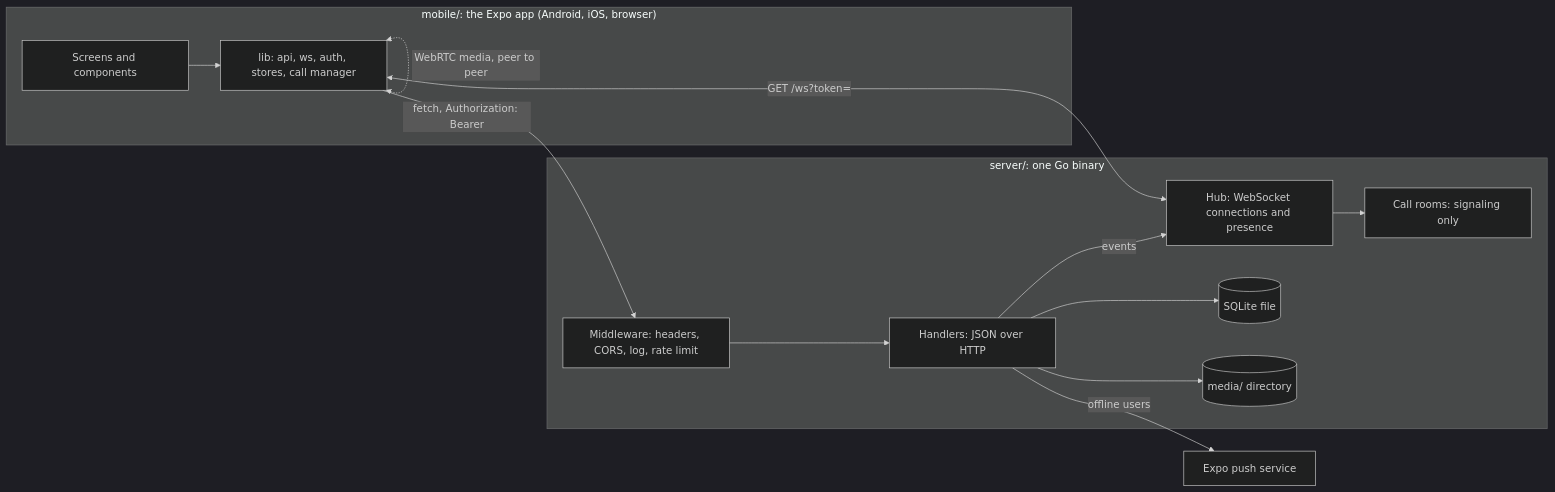
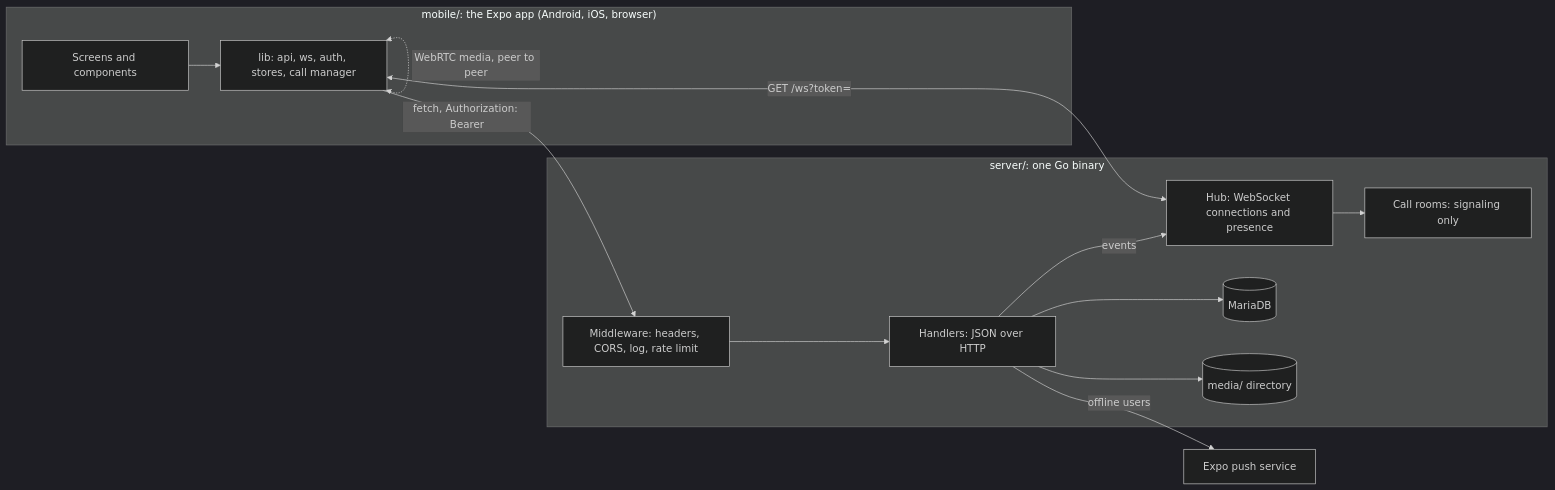
One commit to anthonychavezdev/Ami changed the first of 2 diagrams in docs/overview.md. Above: the diagram before and after it, drawn with Mermaid (dark theme). The commit also changed other lines of this file and 31 other files, not shown here.

First line of the commit message:
server: MariaDB instead of SQLite

````diff
--- a/docs/overview.md
+++ b/docs/overview.md
@@ -5,24 +5,24 @@
 ```mermaid
 flowchart LR
     subgraph app["mobile/: the Expo app (Android, iOS, browser)"]
         UI[Screens and components]
         LIB[lib: api, ws, auth, stores, call manager]
     end
     subgraph server["server/: one Go binary"]
         MW[Middleware: headers, CORS, log, rate limit]
         H[Handlers: JSON over HTTP]
         HUB[Hub: WebSocket connections and presence]
         CALLS[Call rooms: signaling only]
-        DB[(SQLite file)]
+        DB[(MariaDB)]
         MEDIA[(media/ directory)]
     end
     EXPO[Expo push service]
     UI --> LIB
     LIB -- "fetch, Authorization: Bearer" --> MW --> H --> DB
     H --> MEDIA
     H -- events --> HUB
     LIB <-- "GET /ws?token=" --> HUB
     HUB --> CALLS
     H -- "offline users" --> EXPO
     LIB <-. "WebRTC media, peer to peer" .-> LIB
 ```
````
